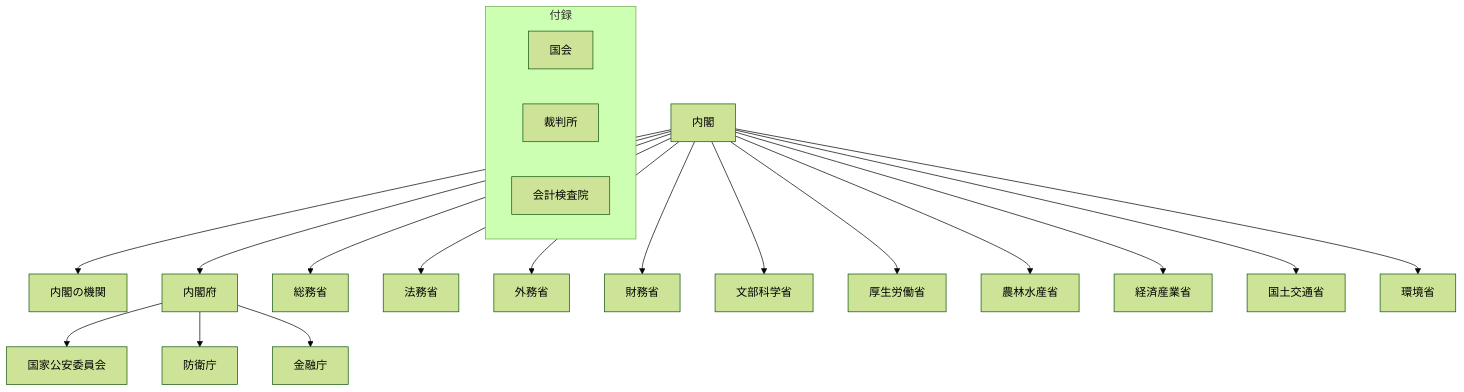
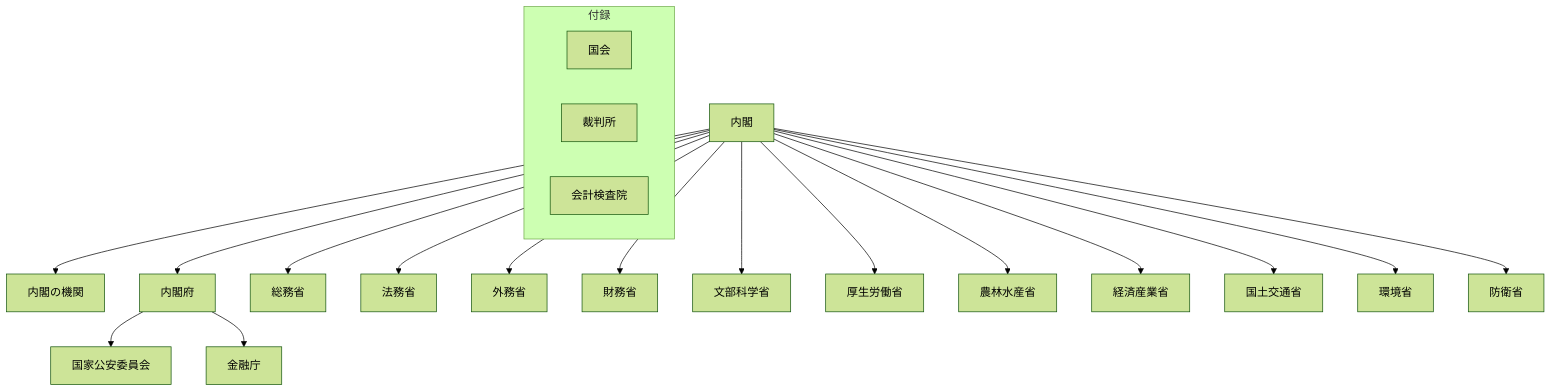
Before and after one commit to tatemaru/jp-admin-org-chart: the diagram in README.md, drawn with Mermaid (forest theme). The commit also changed other lines of this file and 2 other files, not shown here.

First line of the commit message:
feat(防衛省): 防衛庁を防衛省に改める

````diff
--- a/README.md
+++ b/README.md
@@ -9,24 +9,24 @@
 ```mermaid
 flowchart TB
   subgraph appendix["付録"]
     Diet["国会"]
     Court["裁判所"]
     Audit["会計検査院"]
   end
   Cab["内閣"]
   Cab --> NKikan["内閣の機関"]
   Cab --> CAO["内閣府"]
   Cab --> Somu["総務省"]
   Cab --> Homu["法務省"]
   Cab --> Gaimu["外務省"]
   Cab --> Zaimu["財務省"]
   Cab --> Mext["文部科学省"]
   Cab --> Mhlw["厚生労働省"]
   Cab --> Maff["農林水産省"]
   Cab --> Meti["経済産業省"]
   Cab --> Mlit["国土交通省"]
   Cab --> Env["環境省"]
   CAO --> NPA["国家公安委員会"]
-  CAO --> Boei["防衛庁"]
+  Cab --> Mod["防衛省"]
   CAO --> FSA["金融庁"]
 ```
````
